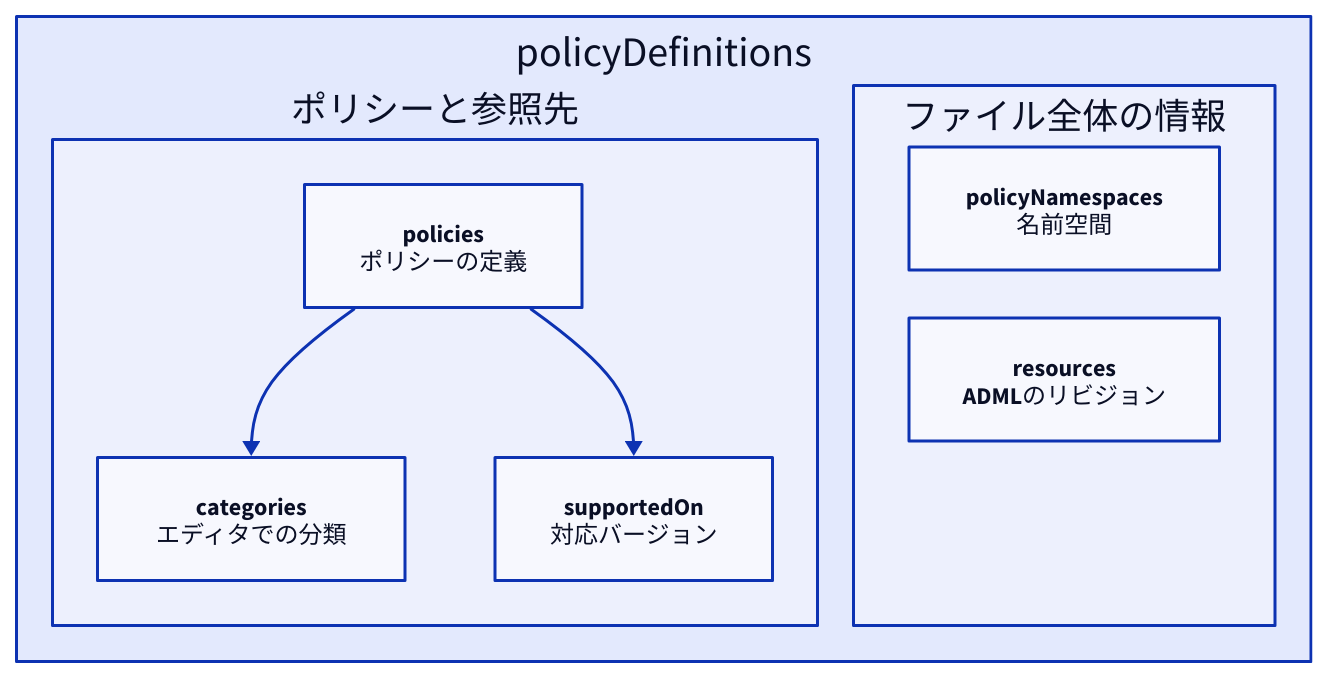
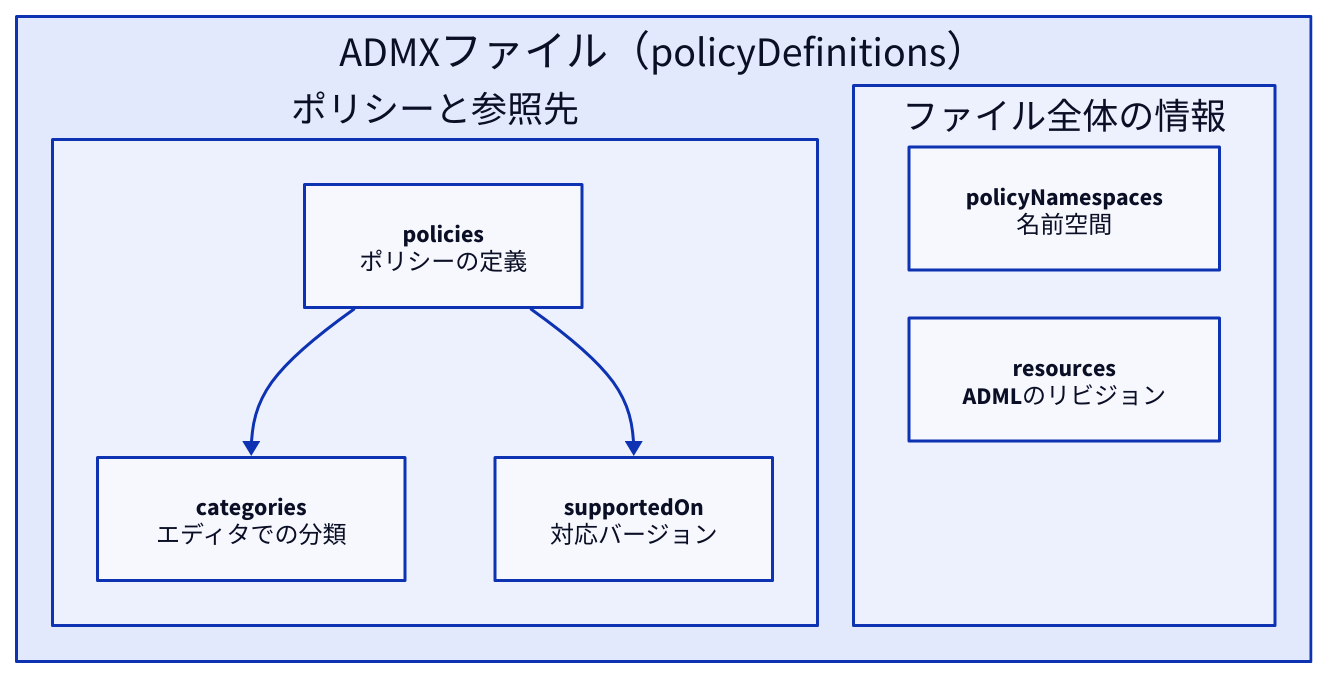
Before and after one commit to kenchan0130/kenchan0130.github.io: the fourth of 8 diagrams in src/content/posts/2026-10-05-1.mdx, drawn with D2.

Commit message:
Label the policyDefinitions diagram's outer box as the ADMX file
Claude-Session: https://claude.ai/code/session_011MyCzJXKh3h8cBMaWsMgbS

````diff
--- a/src/content/posts/2026-10-05-1.mdx
+++ b/src/content/posts/2026-10-05-1.mdx
@@ -182,20 +182,20 @@
 ```d2 title="policyDefinitionsの5つの子要素。policiesの各ポリシーがcategoriesの分類とsupportedOnの対応バージョンを参照し、policyNamespacesとresourcesはファイル全体の情報を持つ"
-admx: policyDefinitions {
+admx: 'ADMXファイル（policyDefinitions）' {
   grid-columns: 2
   grid-gap: 24
   defs: ポリシーと参照先 {
     direction: down
     pol: "policies\nポリシーの定義"
     cat: "categories\nエディタでの分類"
     sup: "supportedOn\n対応バージョン"
     pol -> cat
     pol -> sup
   }
   meta: ファイル全体の情報 {
     grid-rows: 2
     grid-gap: 32
     ns: "policyNamespaces\n名前空間"
     res: "resources\nADMLのリビジョン"
   }
 }
 ```
````
